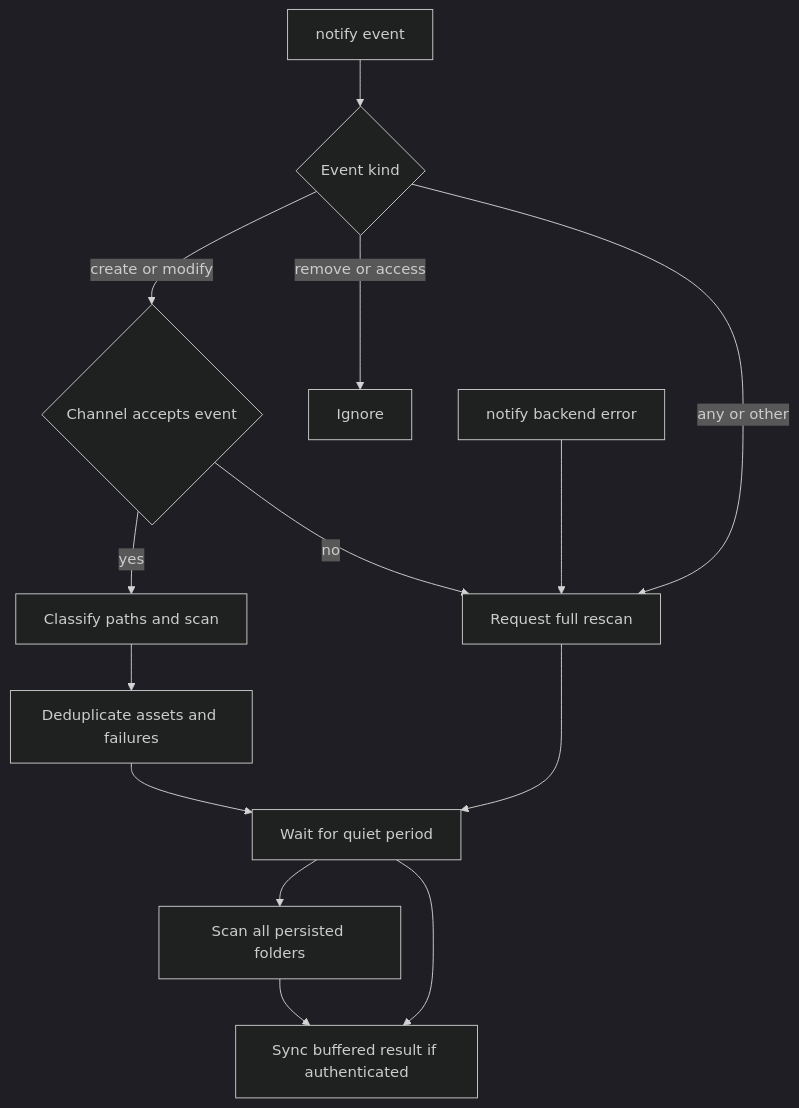
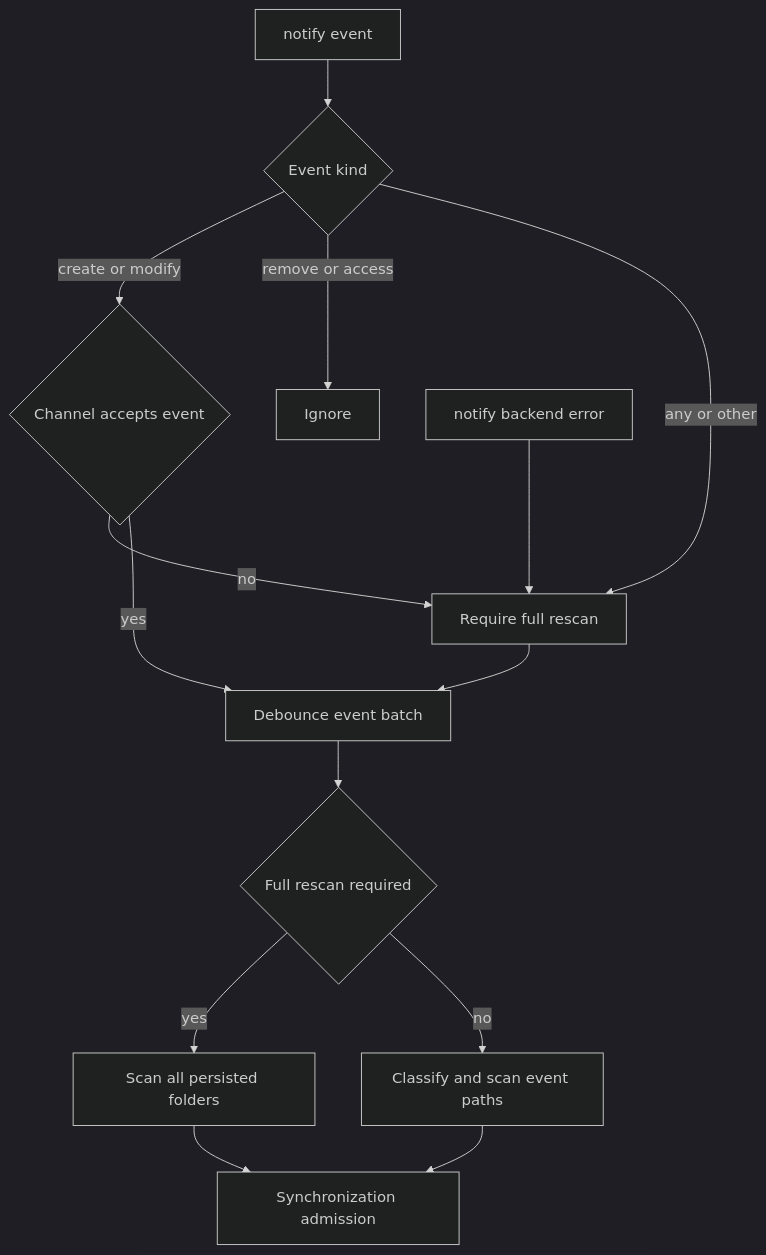
One commit to xXRoxXeRXx/lymic changed the second of 3 diagrams in openwiki/workflows/watched-folders.md. Above: the diagram before and after it, drawn with Mermaid (dark theme). The commit also changed other lines of this file and 22 other files, not shown here.

````diff
--- a/openwiki/workflows/watched-folders.md
+++ b/openwiki/workflows/watched-folders.md
@@ -92,16 +94,16 @@
 ```mermaid
 flowchart TD
-    Event["notify event"] --> Kind{"Event kind"}
-    Kind -->|create or modify| Queue{"Channel accepts event"}
+    Native["notify event"] --> Kind{"Event kind"}
+    Kind -->|create or modify| Enqueue{"Channel accepts event"}
     Kind -->|remove or access| Ignore["Ignore"]
-    Kind -->|any or other| Dirty["Request full rescan"]
-    Queue -->|yes| Paths["Classify paths and scan"]
-    Queue -->|no| Dirty
-    Backend["notify backend error"] --> Dirty
-    Paths --> Buffer["Deduplicate assets and failures"]
-    Dirty --> Debounce["Wait for quiet period"]
-    Buffer --> Debounce
-    Debounce --> Full["Scan all persisted folders"]
-    Full --> Sync["Sync buffered result if authenticated"]
-    Debounce --> Sync
+    Kind -->|any or other| Overflow["Require full rescan"]
+    Error["notify backend error"] --> Overflow
+    Enqueue -->|no| Overflow
+    Enqueue -->|yes| Batch["Debounce event batch"]
+    Overflow --> Batch
+    Batch --> Full{"Full rescan required"}
+    Full -->|yes| ScanAll["Scan all persisted folders"]
+    Full -->|no| Incremental["Classify and scan event paths"]
+    ScanAll --> Admit["Synchronization admission"]
+    Incremental --> Admit
 ```
````
